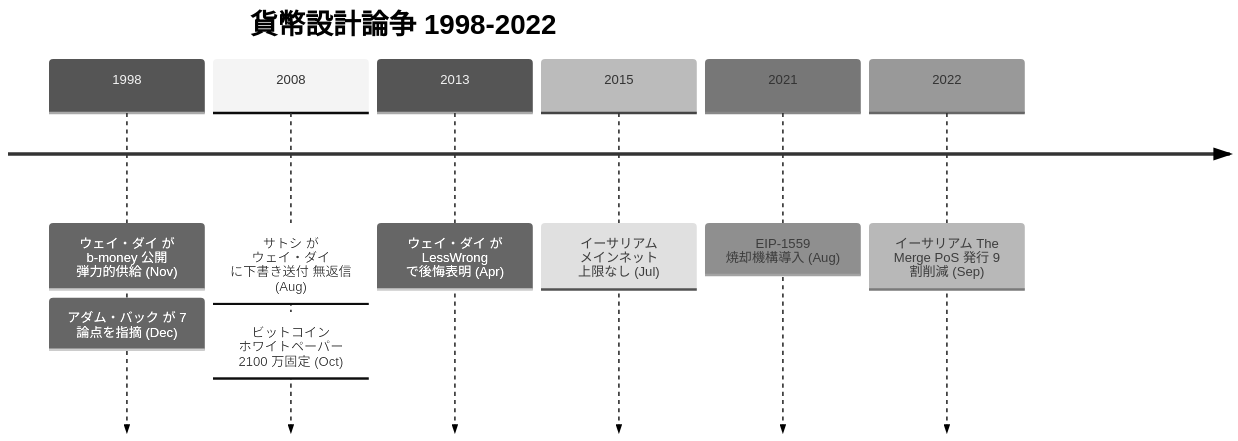
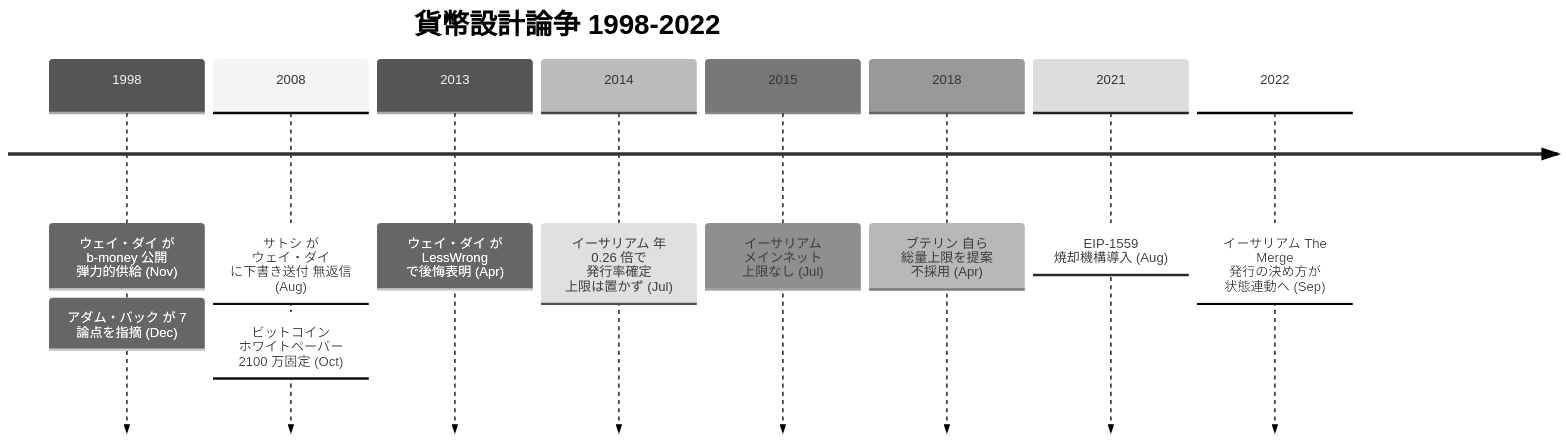
Before and after one commit to cypher256/BitcoinArchive: the first of 3 diagrams in src/data/translations/ja/analysis/2008-10-31-fixed-supply-vs-adjustable-money.md, drawn with Mermaid (neutral theme). The commit also changed other lines of this file and 5 other files, not shown here.

````diff
--- a/src/data/translations/ja/analysis/2008-10-31-fixed-supply-vs-adjustable-money.md
+++ b/src/data/translations/ja/analysis/2008-10-31-fixed-supply-vs-adjustable-money.md
@@ -86,17 +118,19 @@
 ```mermaid
 timeline
     title 貨幣設計論争 1998-2022
     1998 : ウェイ・ダイ が b-money 公開 弾力的供給 (Nov)
     %% link: /BitcoinArchive/ja/entries/aftermath/1998-11-26-wei-dai-pipenet-b-money-announcement/
          : アダム・バック が 7 論点を指摘 (Dec)
     %% link: /BitcoinArchive/ja/entries/aftermath/1998-12-06-adam-back-b-money-monetary-critique/
     2008 : サトシ が ウェイ・ダイ に下書き送付 無返信 (Aug)
     %% link: /BitcoinArchive/ja/entries/correspondence/wei-dai/2008-08-22-satoshi-to-wei-dai/
          : ビットコイン ホワイトペーパー 2100 万固定 (Oct)
     %% link: /BitcoinArchive/ja/entries/emails/cryptography/2008-10-31-bitcoin-whitepaper-final/
     2013 : ウェイ・ダイ が LessWrong で後悔表明 (Apr)
     %% link: /BitcoinArchive/ja/entries/aftermath/2013-04-21-wei-dai-bitcoin-monetary-policy-critique/
+    2014 : イーサリアム 年 0.26 倍で 発行率確定 上限は置かず (Jul)
     2015 : イーサリアム メインネット 上限なし (Jul)
+    2018 : ブテリン 自ら 総量上限を提案 不採用 (Apr)
     2021 : EIP-1559 焼却機構導入 (Aug)
-    2022 : イーサリアム The Merge PoS 発行 9 割削減 (Sep)
+    2022 : イーサリアム The Merge 発行の決め方が 状態連動へ (Sep)
 ```
````
